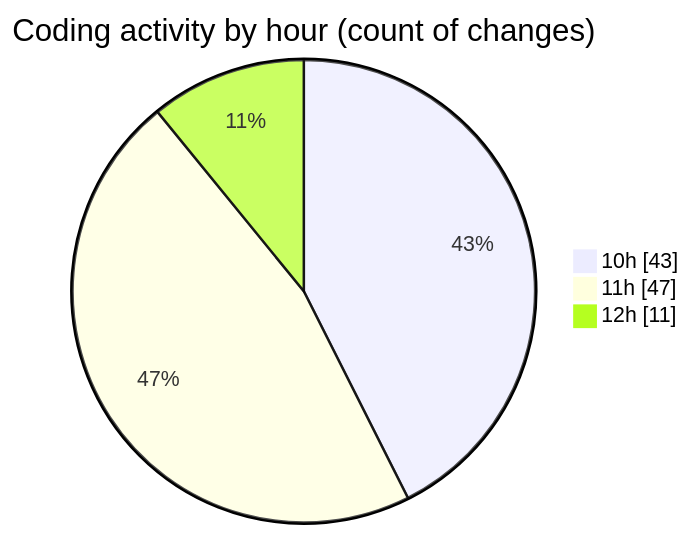
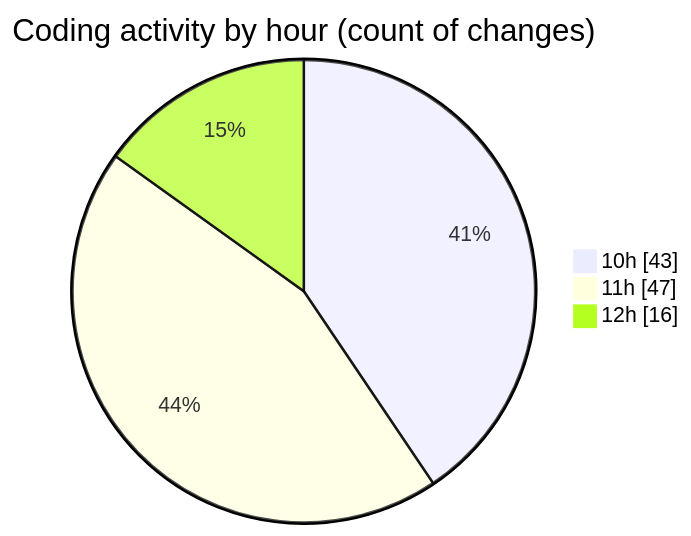
Before and after one commit to momahboobian/code-tracking: the second of 2 diagrams in 2025-02-10/cda/README.md, drawn with Mermaid. The commit also changed other lines of this file and 1 other file, not shown here.

````diff
--- a/2025-02-10/cda/README.md
+++ b/2025-02-10/cda/README.md
@@ -35,7 +35,7 @@
 ```mermaid
 pie showData
 title Coding activity by hour (count of changes)
 "10h" : 43
 "11h" : 47
-"12h" : 11
+"12h" : 16
 ```
````
